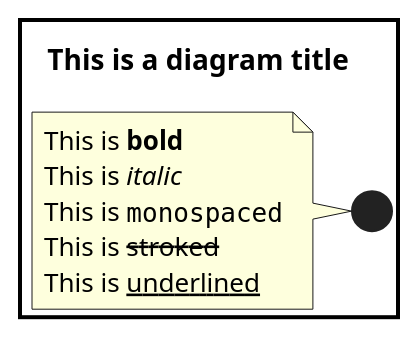
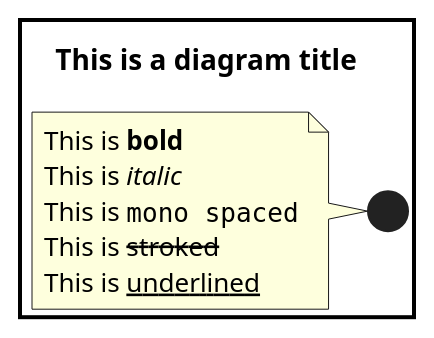
The second of 32 diagrams in uml_markdown_summary.md (chraxo/UmlMarkdownCheatSheet), drawn with PlantUML before and after one commit. The commit also changed other lines of this file, not shown here.

```diff
--- a/uml_markdown_summary.md
+++ b/uml_markdown_summary.md
@@ -99,20 +222,20 @@
 @startuml
     skinparam DiagramBorderColor black
     skinparam DiagramBorderThickness 2
 
     title This is a diagram title
 
     ' This is a (one line) comment. This line will be ignored by plantUML.
 
     /' This is ...
        ... a multiline comment.
     '/
 
     note left
         This is **bold**
         This is //italic//
-        This is ""monospaced""
+        This is ""mono spaced""
         This is --stroked--
         This is __underlined__
     end note
 @enduml
```
